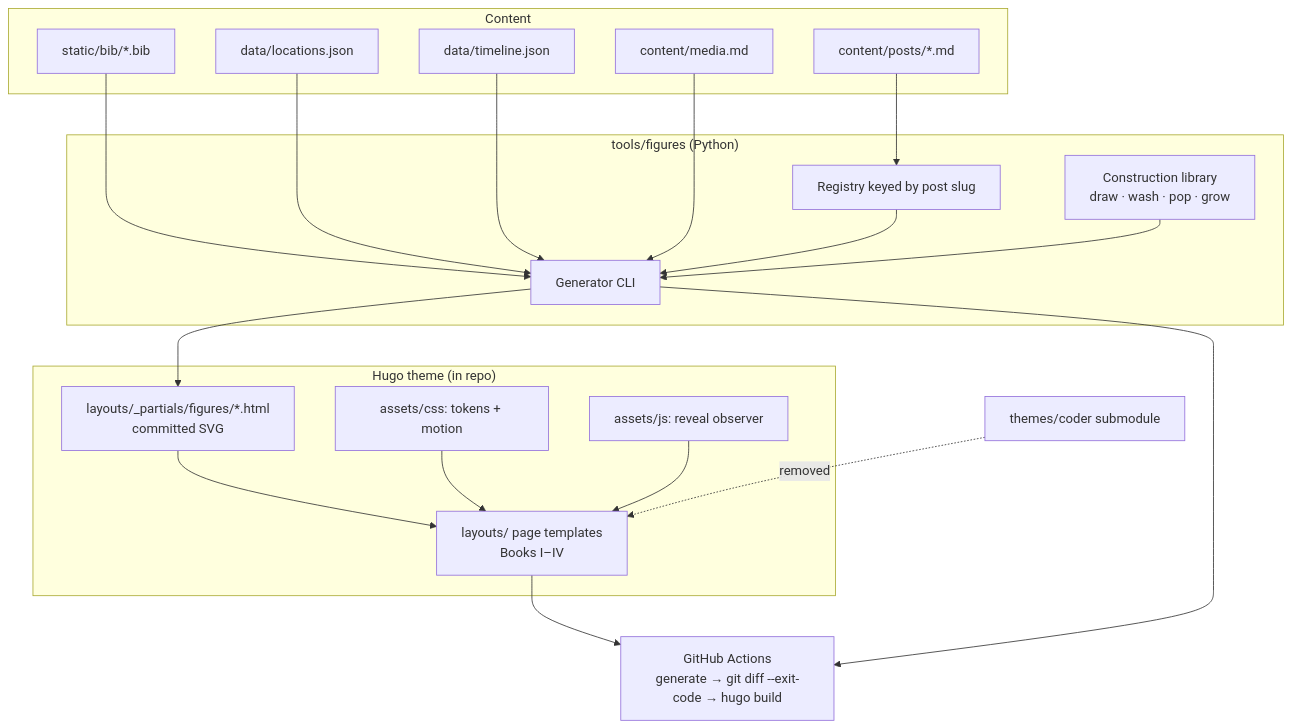
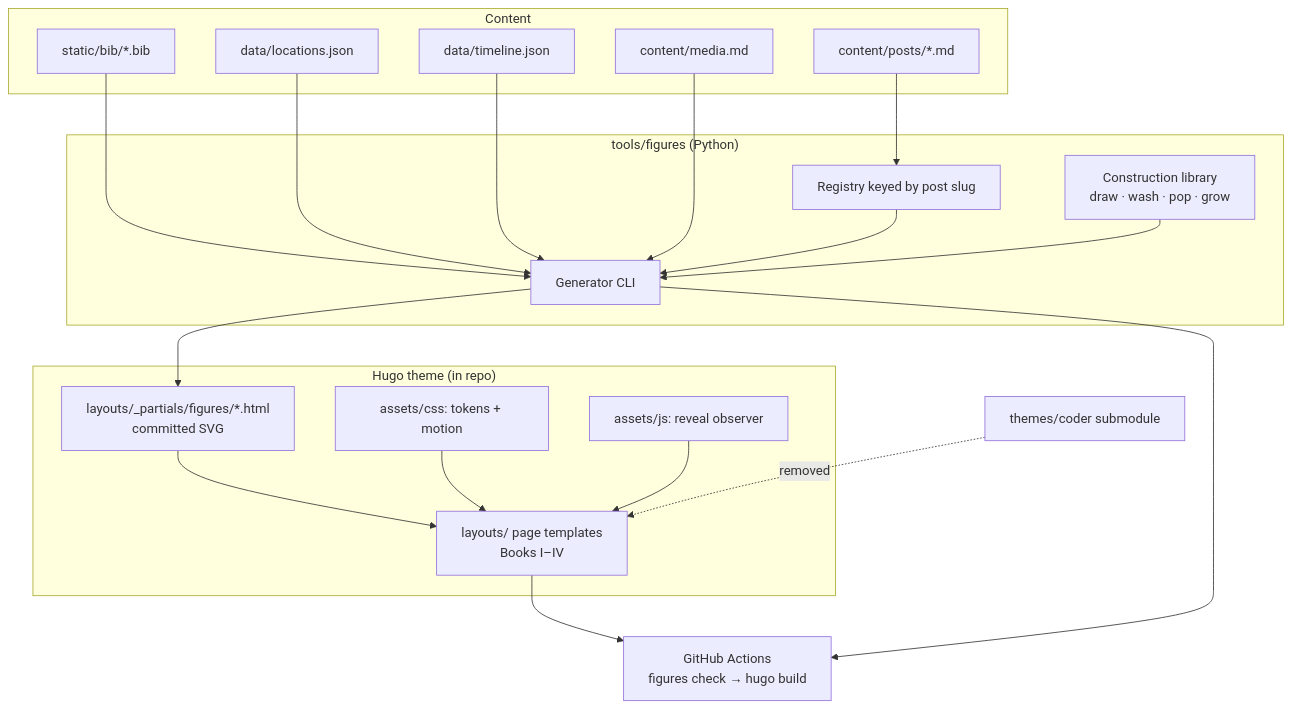
The diagram in docs/adr/0009-byrne-euclid-redesign-in-repo-theme.md (alexdjalali/alexdjalali.github.io), drawn with Mermaid before and after one commit. The commit also changed other lines of this file and 12 other files, not shown here.

````diff
--- a/docs/adr/0009-byrne-euclid-redesign-in-repo-theme.md
+++ b/docs/adr/0009-byrne-euclid-redesign-in-repo-theme.md
@@ -68,36 +68,36 @@
 ```mermaid
 graph TD
     subgraph Content
         P[content/posts/*.md]
         BIB[static/bib/*.bib]
         LOC[data/locations.json]
         TL[data/timeline.json]
         MED[content/media.md]
     end
     subgraph "tools/figures (Python)"
         REG[Registry keyed by post slug]
         GEO[Construction library<br/>draw · wash · pop · grow]
         GEN[Generator CLI]
     end
     subgraph "Hugo theme (in repo)"
         FIG[layouts/_partials/figures/*.html<br/>committed SVG]
         TPL[layouts/ page templates<br/>Books I–IV]
         CSS[assets/css: tokens + motion]
         JS[assets/js: reveal observer]
     end
-    CI[GitHub Actions<br/>generate → git diff --exit-code → hugo build]
+    CI[GitHub Actions<br/>figures check → hugo build]
     P --> REG
     BIB --> GEN
     LOC --> GEN
     TL --> GEN
     MED --> GEN
     REG --> GEN
     GEO --> GEN
     GEN --> FIG
     FIG --> TPL
     CSS --> TPL
     JS --> TPL
     TPL --> CI
     GEN --> CI
     X[themes/coder submodule] -. removed .-> TPL
 ```
````
